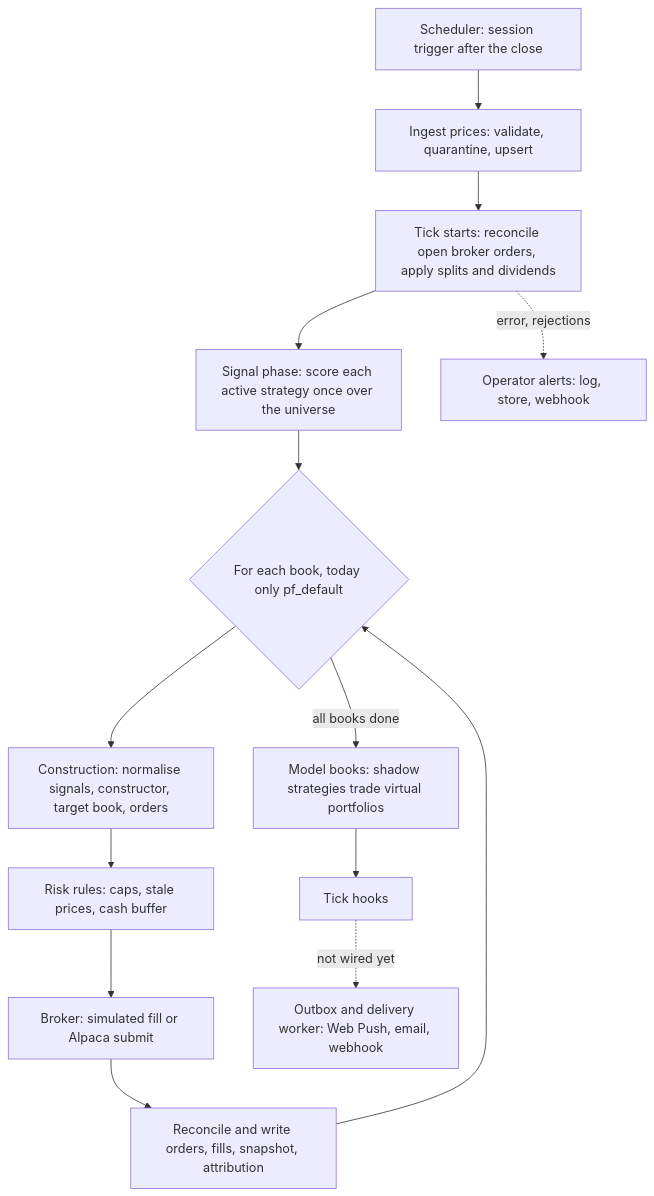
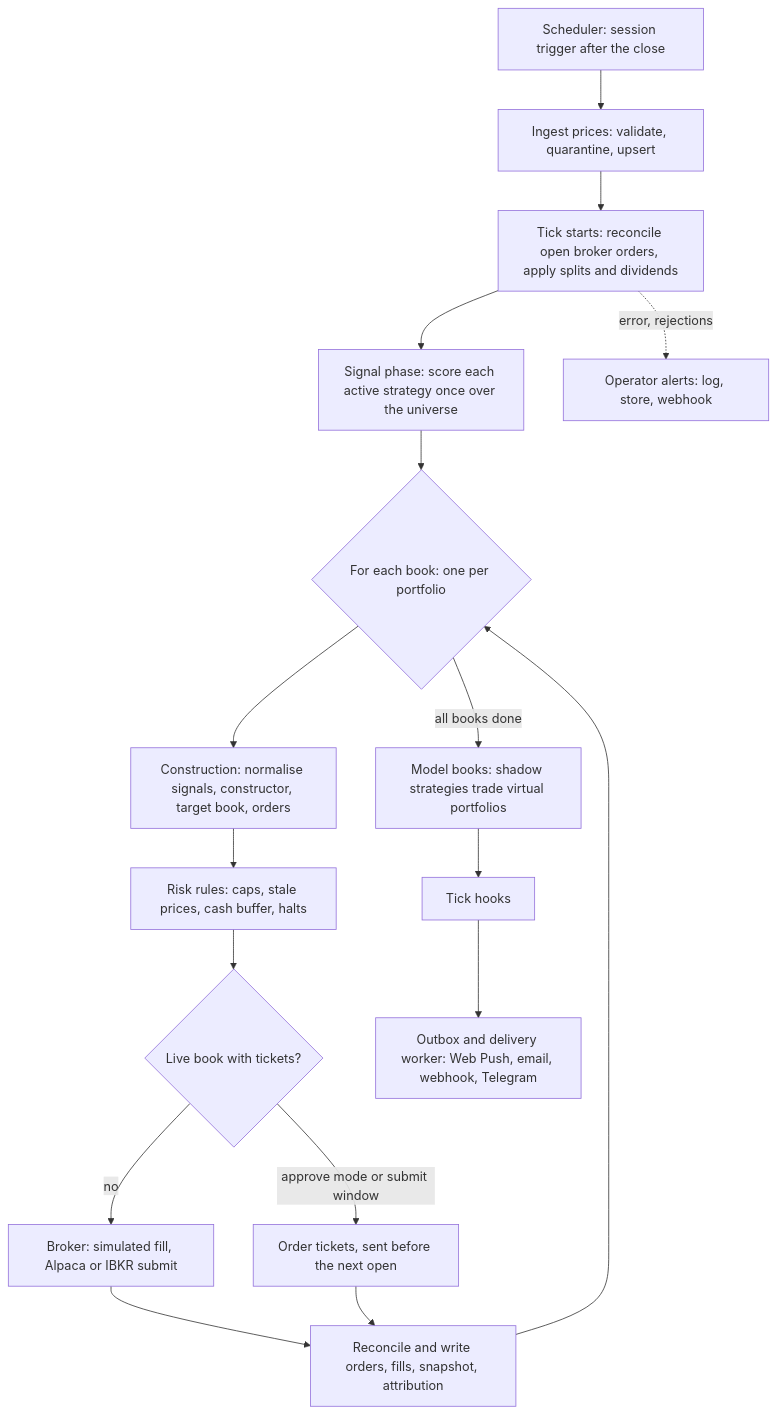
Before and after one commit to sleousis/Stonks: the second of 4 diagrams in docs/architecture.md, drawn with Mermaid. The commit also changed other lines of this file and 27 other files, not shown here.

````diff
--- a/docs/architecture.md
+++ b/docs/architecture.md
@@ -126,16 +151,19 @@
 ```mermaid
 flowchart TD
   S[Scheduler: session trigger after the close] --> I[Ingest prices: validate, quarantine, upsert]
   I --> T[Tick starts: reconcile open broker orders, apply splits and dividends]
   T --> SIG[Signal phase: score each active strategy once over the universe]
-  SIG --> LOOP{For each book, today only pf_default}
+  SIG --> LOOP{For each book: one per portfolio}
   LOOP --> C[Construction: normalise signals, constructor, target book, orders]
-  C --> R[Risk rules: caps, stale prices, cash buffer]
-  R --> B[Broker: simulated fill or Alpaca submit]
-  B --> REC[Reconcile and write orders, fills, snapshot, attribution]
+  C --> R[Risk rules: caps, stale prices, cash buffer, halts]
+  R --> B{Live book with tickets?}
+  B -->|no| BR[Broker: simulated fill, Alpaca or IBKR submit]
+  B -->|approve mode or submit window| TK[Order tickets, sent before the next open]
+  BR --> REC[Reconcile and write orders, fills, snapshot, attribution]
+  TK --> REC
   REC --> LOOP
   LOOP -->|all books done| MB[Model books: shadow strategies trade virtual portfolios]
   MB --> H[Tick hooks]
-  H -.->|not wired yet| N[Outbox and delivery worker: Web Push, email, webhook]
+  H --> N[Outbox and delivery worker: Web Push, email, webhook, Telegram]
   T -.->|error, rejections| A[Operator alerts: log, store, webhook]
 ```
````
